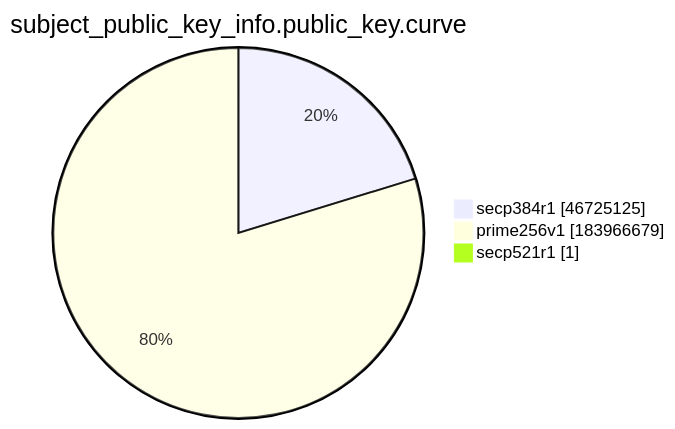
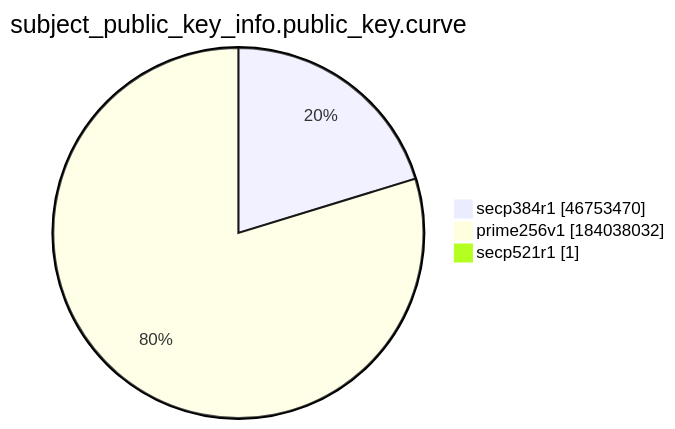
One commit to christiankrug/ctmonitor_visualization changed the ninth of 15 diagrams in xenon2022/README.md. Above: the diagram before and after it, drawn with Mermaid. The commit also changed other lines of this file, not shown here.

````diff
--- a/xenon2022/README.md
+++ b/xenon2022/README.md
@@ -2874,7 +2874,7 @@
 ```mermaid
 pie showData
 title subject_public_key_info.public_key.curve
-"secp384r1" :46725125
-"prime256v1" :183966679
+"secp384r1" :46753470
+"prime256v1" :184038032
 "secp521r1" :1
 ```
````
